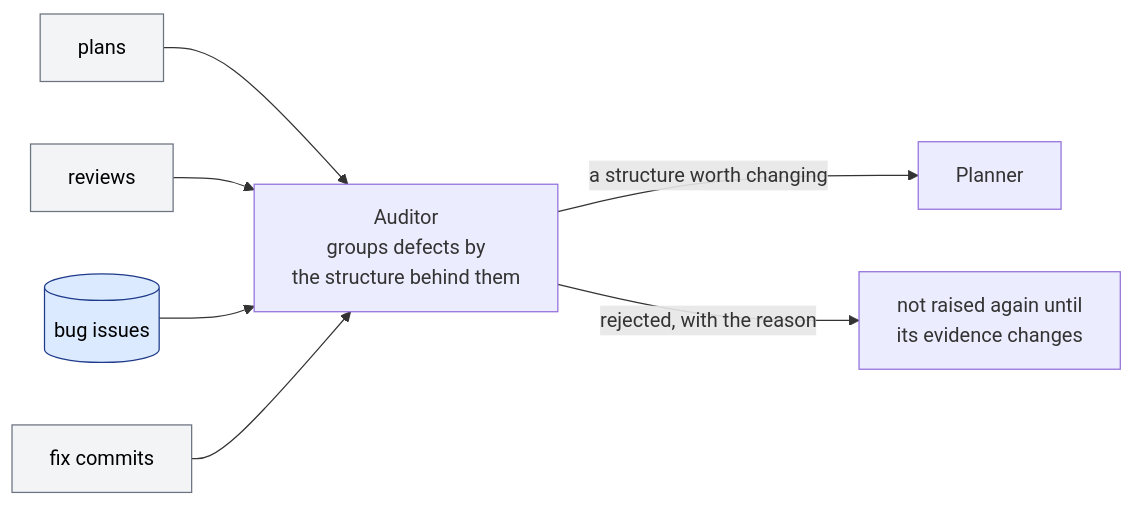
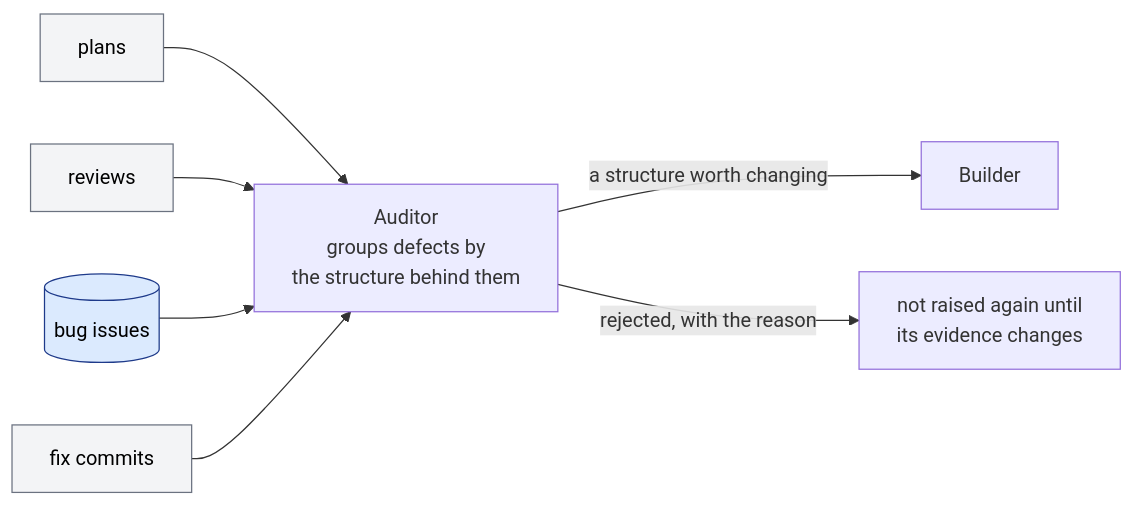
Before and after one commit to kkestell/ox: the fifth of 5 diagrams in .claude/skills/README.md, drawn with Mermaid. The commit also changed other lines of this file and 6 other files, not shown here.

````diff
--- a/.claude/skills/README.md
+++ b/.claude/skills/README.md
@@ -117,11 +108,11 @@
 ```mermaid
 flowchart LR
     PL["plans"] & RV["reviews"] & KI[("bug issues")] & Git["fix commits"] --> Audit["Auditor<br/>groups defects by<br/>the structure behind them"]
-    Audit -- "a structure worth changing" --> Plan["Planner"]
+    Audit -- "a structure worth changing" --> Plan["Builder"]
     Audit -- "rejected, with the reason" --> Kept["not raised again until<br/>its evidence changes"]
 
     classDef doc fill:#dbeafe,stroke:#1e3a8a,color:#000
     classDef work fill:#f3f4f6,stroke:#6b7280,color:#000
     class KI doc
     class PL,RV,Git work
 ```
````
